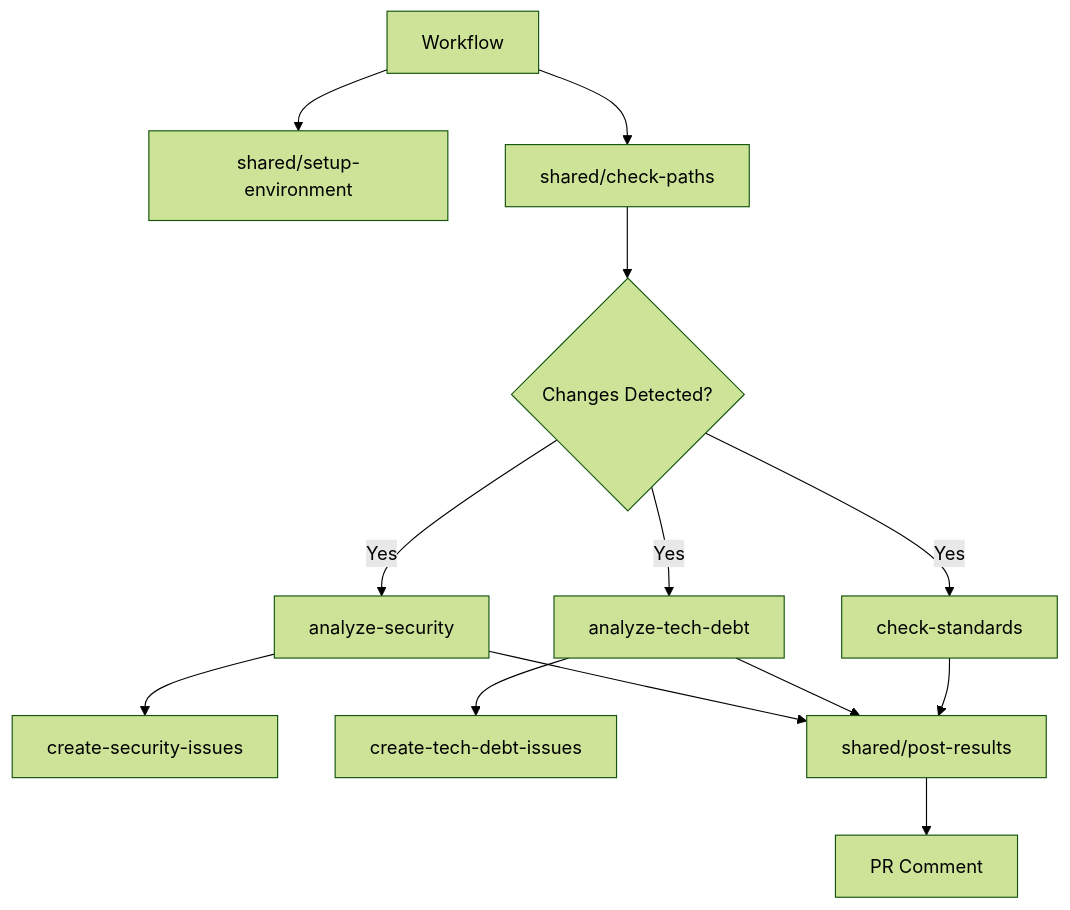
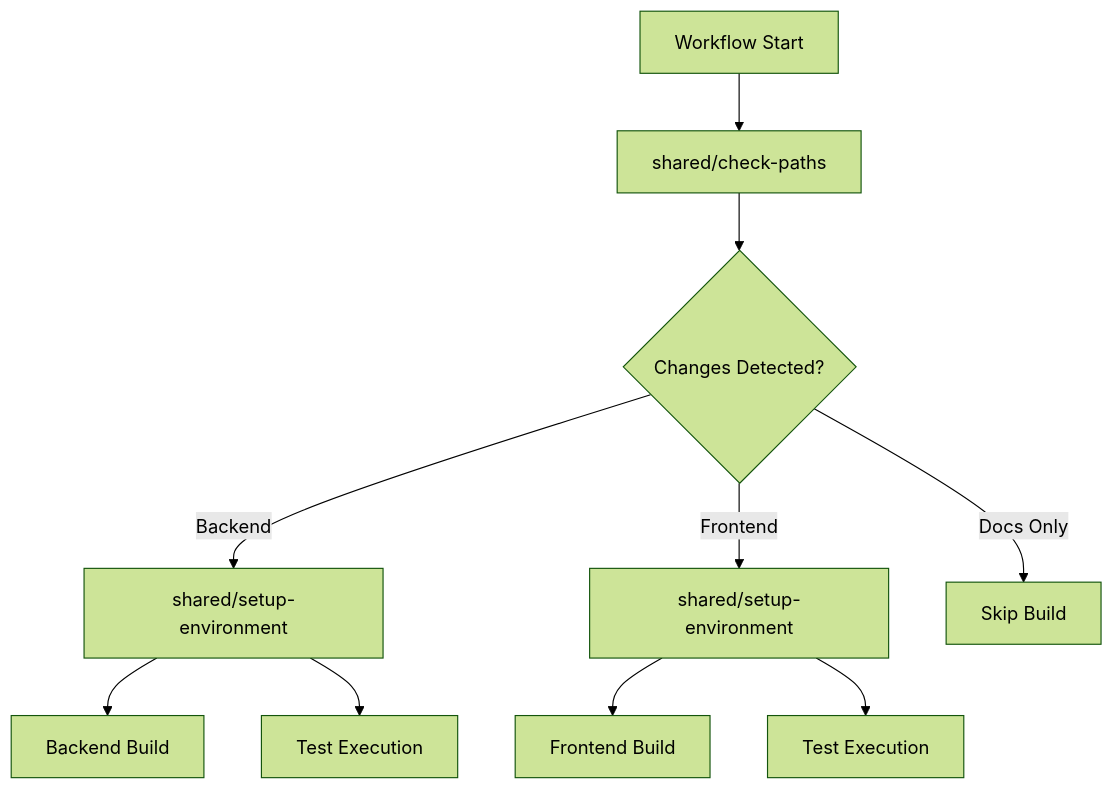
One commit to Zarichney-Development/zarichney-api changed the diagram in .github/actions/README.md. Above: the diagram before and after it, drawn with Mermaid (forest theme). The commit also changed other lines of this file and 11 other files, not shown here.

````diff
--- a/.github/actions/README.md
+++ b/.github/actions/README.md
@@ -37,19 +31,15 @@
 ```mermaid
 graph TD
-    A[Workflow] --> B[shared/setup-environment]
-    A --> C[shared/check-paths]
+    A[Workflow Start] --> B[shared/check-paths]
+    B --> C{Changes Detected?}
     
-    C --> D{Changes Detected?}
-    D -->|Yes| E[analyze-security]
-    D -->|Yes| F[analyze-tech-debt]
-    D -->|Yes| G[check-standards]
+    C -->|Backend| D[shared/setup-environment]
+    C -->|Frontend| E[shared/setup-environment]
+    C -->|Docs Only| F[Skip Build]
     
-    E --> H[create-security-issues]
-    F --> I[create-tech-debt-issues]
+    D --> G[Backend Build]
+    E --> H[Frontend Build]
     
-    E --> J[shared/post-results]
-    F --> J
-    G --> J
-    
-    J --> K[PR Comment]
+    D --> I[Test Execution]
+    E --> J[Test Execution]
 ```
````
